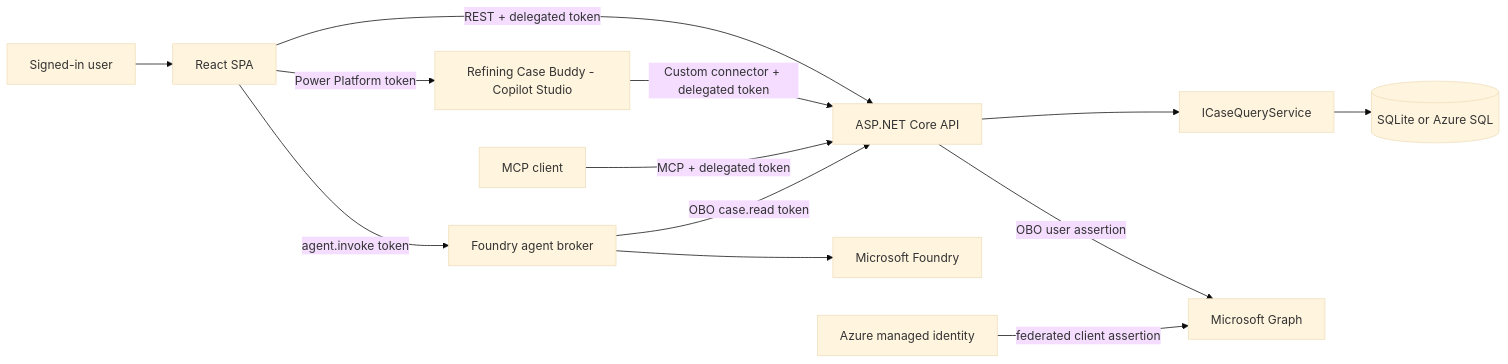
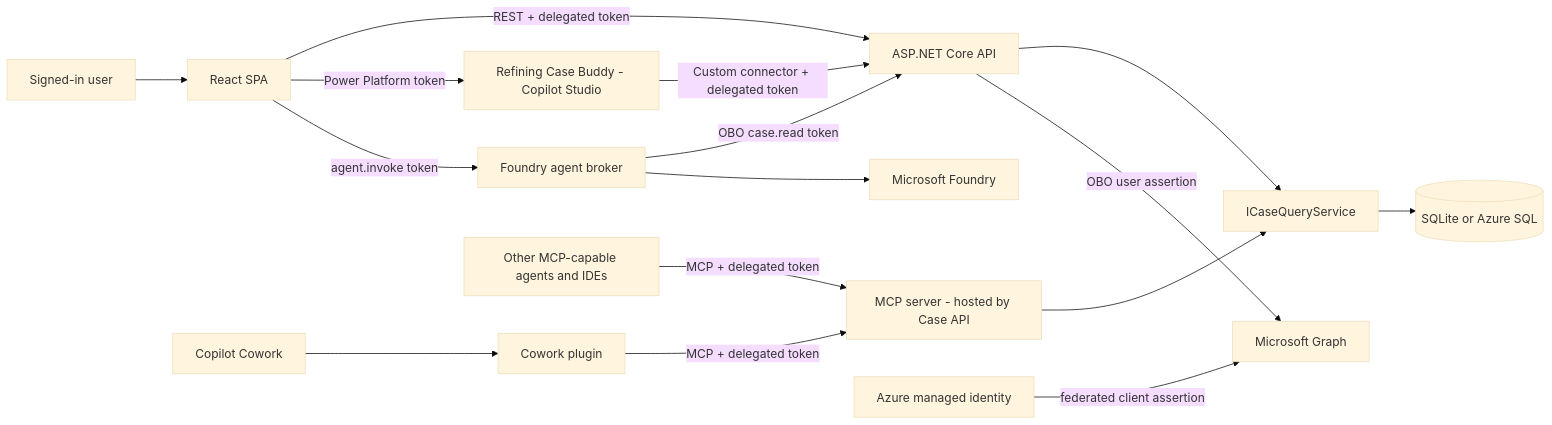
One commit to jameswh3/oge-refining-case-webapp changed the first of 3 diagrams in README.md. Above: the diagram before and after it, drawn with Mermaid (base theme). The commit also changed other lines of this file and 6 other files, not shown here.

Commit message:
Add Cowork plugin packaging and document application layers

````diff
--- a/README.md
+++ b/README.md
@@ -18,14 +21,17 @@
 ```mermaid
 flowchart LR
 		User[Signed-in user] --> SPA[React SPA]
 		SPA -->|REST + delegated token| API[ASP.NET Core API]
 		SPA -->|Power Platform token| Agent[Refining Case Buddy - Copilot Studio]
 		Agent -->|Custom connector + delegated token| API
 		SPA -->|agent.invoke token| Broker[Foundry agent broker]
 		Broker -->|OBO case.read token| API
 		Broker --> Foundry[Microsoft Foundry]
-		MCPClient[MCP client] -->|MCP + delegated token| API
+		Cowork[Copilot Cowork] --> Plugin[Cowork plugin]
+		Plugin -->|MCP + delegated token| MCP[MCP server - hosted by Case API]
+		MCPClient[Other MCP-capable agents and IDEs] -->|MCP + delegated token| MCP
+		MCP --> Query
 		API --> Query[ICaseQueryService] --> DB[(SQLite or Azure SQL)]
 		API -->|OBO user assertion| Graph[Microsoft Graph]
 		Identity[Azure managed identity] -->|federated client assertion| Graph
 ```
````
